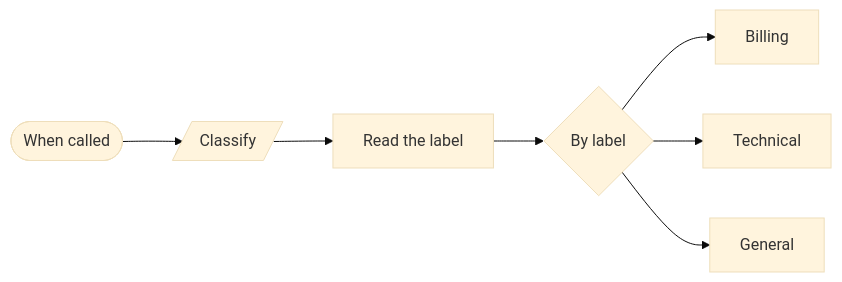
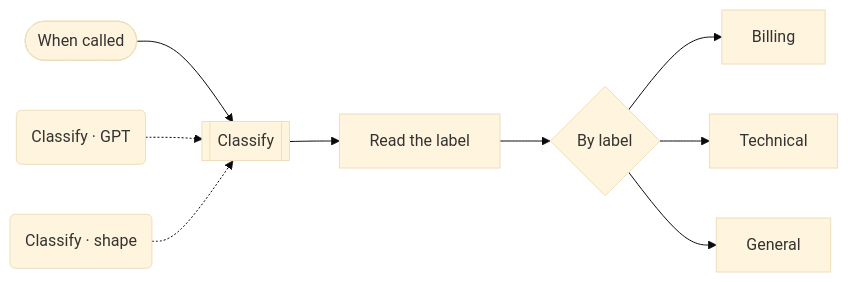
One commit to kimjoshuadr/n8n-workflows changed the fourth of 4 diagrams in blocks/ai/README.md. Above: the diagram before and after it, drawn with Mermaid (base theme). The commit also changed other lines of this file and 184 other files, not shown here.

Commit message:
Finish the move to named platforms: blocks, BambooHR, generated README, schema and platform marks

````diff
--- a/blocks/ai/README.md
+++ b/blocks/ai/README.md
@@ -98,16 +92,20 @@
 ```mermaid
 flowchart LR
   nxyuboc(["When called"])
-  ngdb163[/"Classify"/]
+  ngdb163[["Classify"]]
+  ndiiwvh("Classify · GPT")
+  n1ol06tf("Classify · shape")
   nq2jc2["Read the label"]
   n5eiiaa{"By label"}
   nedqf78["Billing"]
   nyp45qu["Technical"]
   nevelep["General"]
   nxyuboc --> ngdb163
   ngdb163 --> nq2jc2
   nq2jc2 --> n5eiiaa
   n5eiiaa --> nedqf78
   n5eiiaa --> nyp45qu
   n5eiiaa --> nevelep
+  ndiiwvh -.-> ngdb163
+  n1ol06tf -.-> ngdb163
 ```
````
